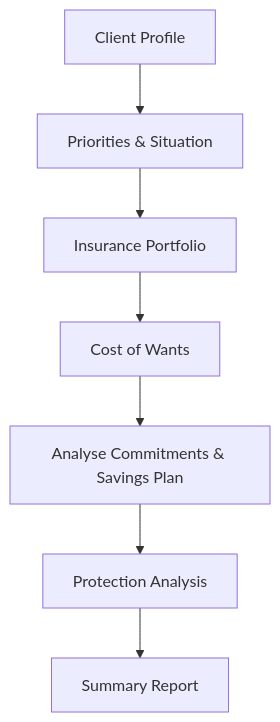
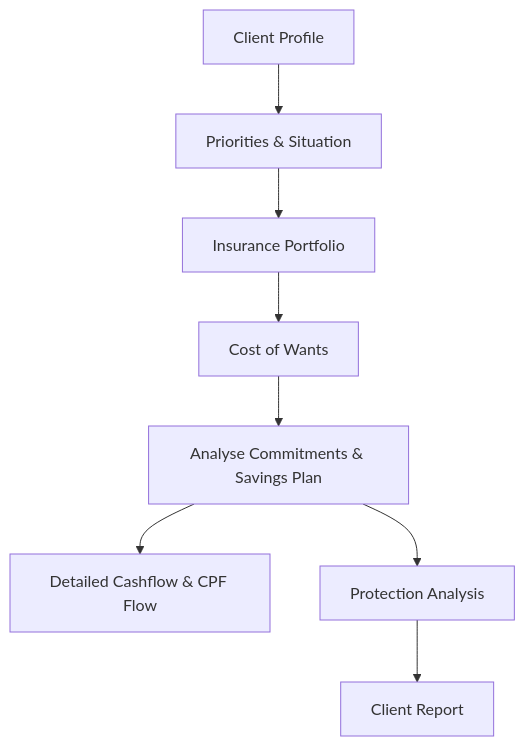
The first of 2 diagrams in README.md (davinlee611/Test), drawn with Mermaid before and after one commit. The commit also changed other lines of this file and 1 other file, not shown here.

First line of the commit message:
Update README and CLAUDE.md for Client Report and Protection Analysis

````diff
--- a/README.md
+++ b/README.md
@@ -29,9 +29,10 @@
 ```mermaid
 flowchart TD
     A["Client Profile"] --> B["Priorities & Situation"]
     B --> C["Insurance Portfolio"]
     C --> D["Cost of Wants"]
     D --> E["Analyse Commitments & Savings Plan"]
+    E --> E2["Detailed Cashflow & CPF Flow"]
     E --> F["Protection Analysis"]
-    F --> G["Summary Report"]
+    F --> G["Client Report"]
 ```
````
